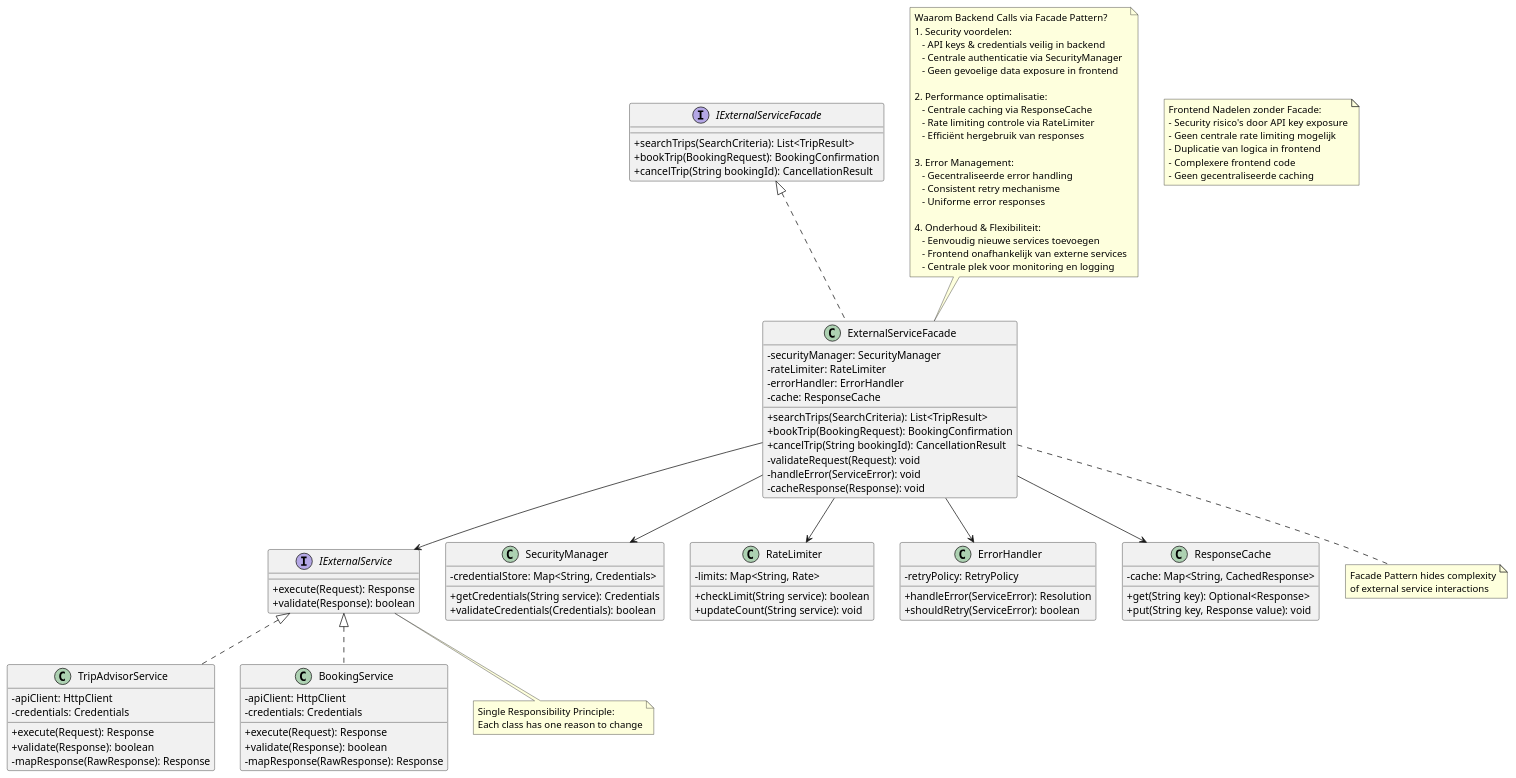
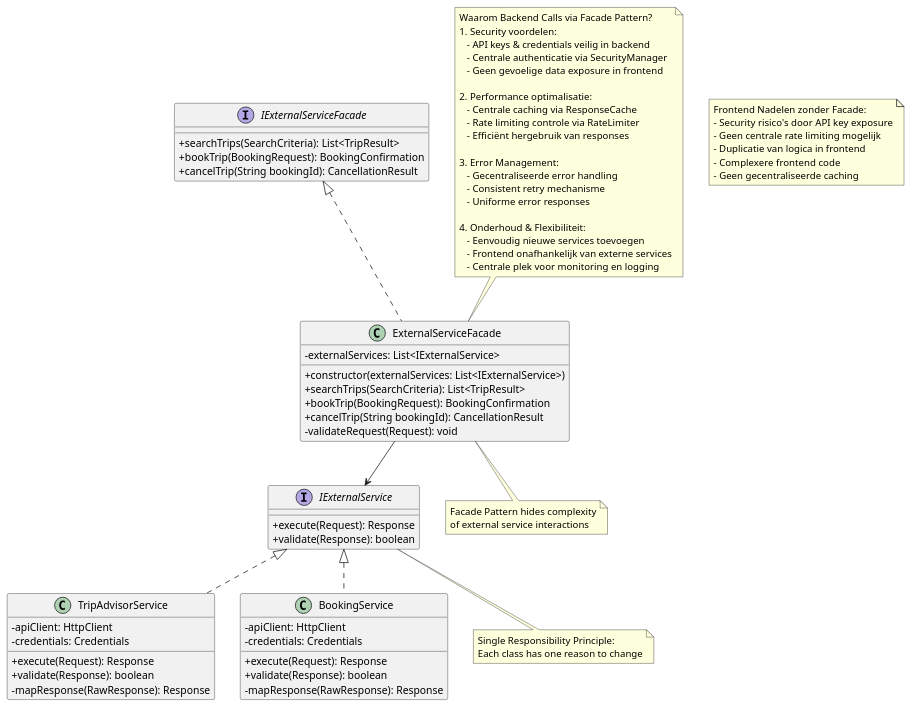
One commit to AIM-ENE-feb25/triptop-groep-b1 changed the diagram in software-guidebook/ontwerpvraag/Noah/facade-class-diagram.puml. Above: the diagram before and after it, drawn with PlantUML.

```diff
--- a/software-guidebook/ontwerpvraag/Noah/facade-class-diagram.puml
+++ b/software-guidebook/ontwerpvraag/Noah/facade-class-diagram.puml
@@ -1,115 +1,83 @@
 @startuml
 skinparam classAttributeIconSize 0
 
 interface IExternalServiceFacade {
   + searchTrips(SearchCriteria): List<TripResult>
   + bookTrip(BookingRequest): BookingConfirmation
   + cancelTrip(String bookingId): CancellationResult
 }
 
 class ExternalServiceFacade {
-  - securityManager: SecurityManager
-  - rateLimiter: RateLimiter
-  - errorHandler: ErrorHandler
-  - cache: ResponseCache
+  - externalServices: List<IExternalService>
+  + constructor(externalServices: List<IExternalService>)
   + searchTrips(SearchCriteria): List<TripResult>
   + bookTrip(BookingRequest): BookingConfirmation
   + cancelTrip(String bookingId): CancellationResult
   - validateRequest(Request): void
-  - handleError(ServiceError): void
-  - cacheResponse(Response): void
 }
 
 interface IExternalService {
   + execute(Request): Response
   + validate(Response): boolean
 }
 
 class TripAdvisorService {
   - apiClient: HttpClient
   - credentials: Credentials
   + execute(Request): Response
   + validate(Response): boolean
   - mapResponse(RawResponse): Response
 }
 
 class BookingService {
   - apiClient: HttpClient
   - credentials: Credentials
   + execute(Request): Response
   + validate(Response): boolean
   - mapResponse(RawResponse): Response
 }
 
-class SecurityManager {
-  - credentialStore: Map<String, Credentials>
-  + getCredentials(String service): Credentials
-  + validateCredentials(Credentials): boolean
-}
-
-class RateLimiter {
-  - limits: Map<String, Rate>
-  + checkLimit(String service): boolean
-  + updateCount(String service): void
-}
-
-class ErrorHandler {
-  - retryPolicy: RetryPolicy
-  + handleError(ServiceError): Resolution
-  + shouldRetry(ServiceError): boolean
-}
-
-class ResponseCache {
-  - cache: Map<String, CachedResponse>
-  + get(String key): Optional<Response>
-  + put(String key, Response value): void
-}
-
 
 
 IExternalServiceFacade <|.. ExternalServiceFacade
 IExternalService <|.. TripAdvisorService
 IExternalService <|.. BookingService
 
-ExternalServiceFacade --> SecurityManager
-ExternalServiceFacade --> RateLimiter
-ExternalServiceFacade --> ErrorHandler
-ExternalServiceFacade --> ResponseCache
 ExternalServiceFacade --> IExternalService
 
 note "Facade Pattern hides complexity\nof external service interactions" as N1
 ExternalServiceFacade .. N1
 
 note "Single Responsibility Principle:\nEach class has one reason to change" as N2
 IExternalService .. N2
 
 note "Waarom Backend Calls via Facade Pattern?\n\
 1. Security voordelen:\n\
    - API keys & credentials veilig in backend\n\
    - Centrale authenticatie via SecurityManager\n\
    - Geen gevoelige data exposure in frontend\n\
 \n\
 2. Performance optimalisatie:\n\
    - Centrale caching via ResponseCache\n\
    - Rate limiting controle via RateLimiter\n\
    - Efficiënt hergebruik van responses\n\
 \n\
 3. Error Management:\n\
    - Gecentraliseerde error handling\n\
    - Consistent retry mechanisme\n\
    - Uniforme error responses\n\
 \n\
 4. Onderhoud & Flexibiliteit:\n\
    - Eenvoudig nieuwe services toevoegen\n\
    - Frontend onafhankelijk van externe services\n\
    - Centrale plek voor monitoring en logging" as N3
 N3 .. ExternalServiceFacade
 
 note "Frontend Nadelen zonder Facade:\n\
 - Security risico's door API key exposure\n\
 - Geen centrale rate limiting mogelijk\n\
 - Duplicatie van logica in frontend\n\
 - Complexere frontend code\n\
 - Geen gecentraliseerde caching" as N4
 
 @enduml 
```
